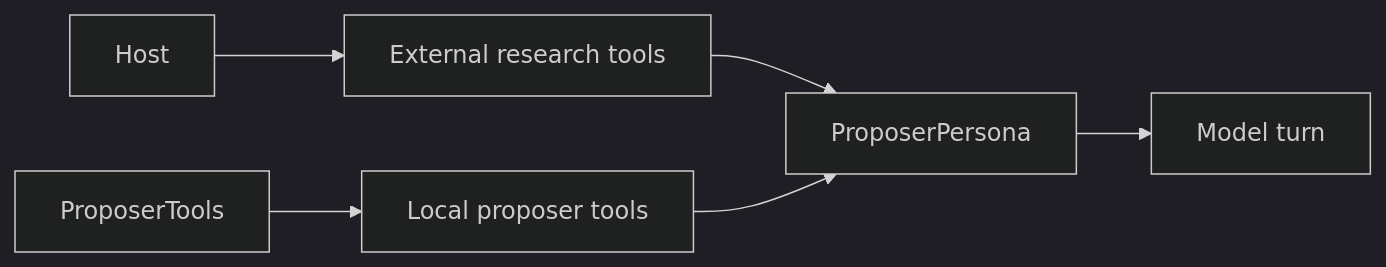
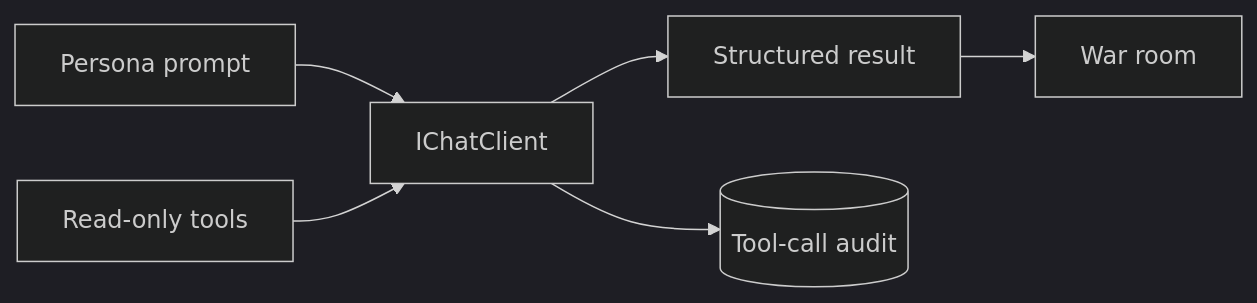
Before and after one commit to xakpc/Alpaca.NoIdea: the diagram in .lode/llm/summary.md, drawn with Mermaid (dark theme). The commit also changed other lines of this file and 99 other files, not shown here.

````diff
--- a/.lode/llm/summary.md
+++ b/.lode/llm/summary.md
@@ -71,8 +6,8 @@
 ```mermaid
 flowchart LR
-    H[Host] --> R[External research tools]
-    PT[ProposerTools] --> L[Local proposer tools]
-    R --> P[ProposerPersona]
-    L --> P
-    P --> M[Model turn]
+    P[Persona prompt] --> C[IChatClient]
+    T[Read-only tools] --> C
+    C --> S[Structured result]
+    C --> A[(Tool-call audit)]
+    S --> W[War room]
 ```
````
